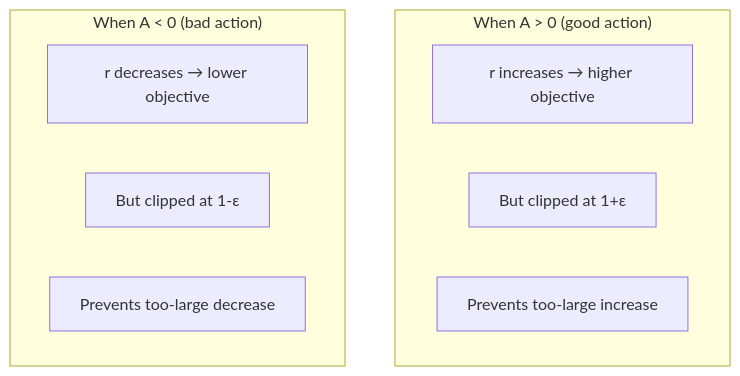
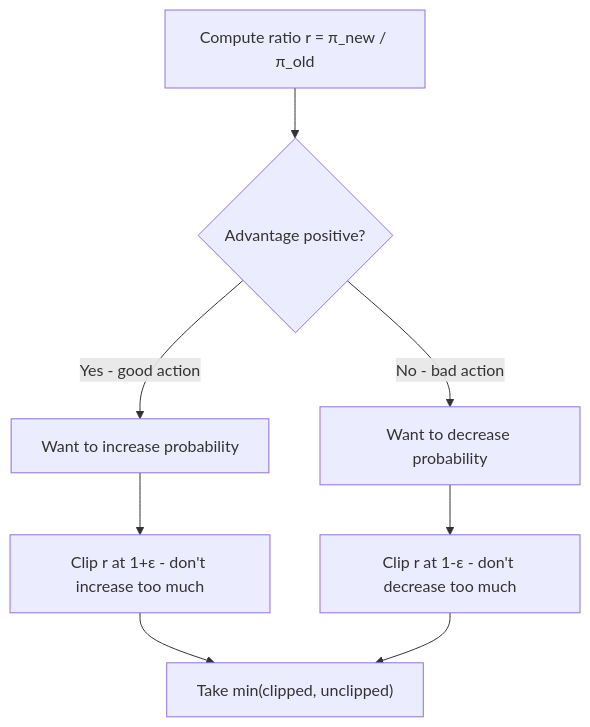
The first of 4 diagrams in src/ml/rl/ppo.md (vanos001/placement_prep), drawn with Mermaid before and after one commit. The commit also changed other lines of this file and 13 other files, not shown here.

````diff
--- a/src/ml/rl/ppo.md
+++ b/src/ml/rl/ppo.md
@@ -33,14 +30,10 @@
 ```mermaid
 graph TD
-    subgraph "When A > 0 (good action)"
-        G1["r increases → higher objective"]
-        G2["But clipped at 1+ε"]
-        G3["Prevents too-large increase"]
-    end
-    
-    subgraph "When A < 0 (bad action)"
-        B1["r decreases → lower objective"]
-        B2["But clipped at 1-ε"]
-        B3["Prevents too-large decrease"]
-    end
+    A[Compute ratio r = π_new / π_old] --> B{Advantage positive?}
+    B -->|Yes - good action| C[Want to increase probability]
+    C --> D[Clip r at 1+ε - don't increase too much]
+    B -->|No - bad action| E[Want to decrease probability]
+    E --> F[Clip r at 1-ε - don't decrease too much]
+    D --> G["Take min(clipped, unclipped)"]
+    F --> G
 ```
````
